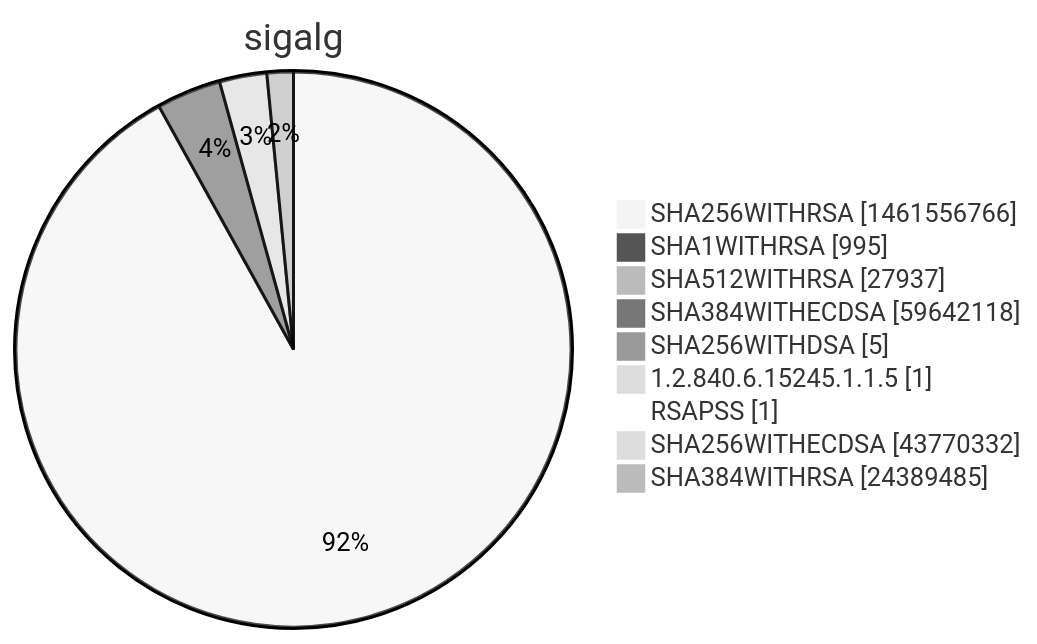
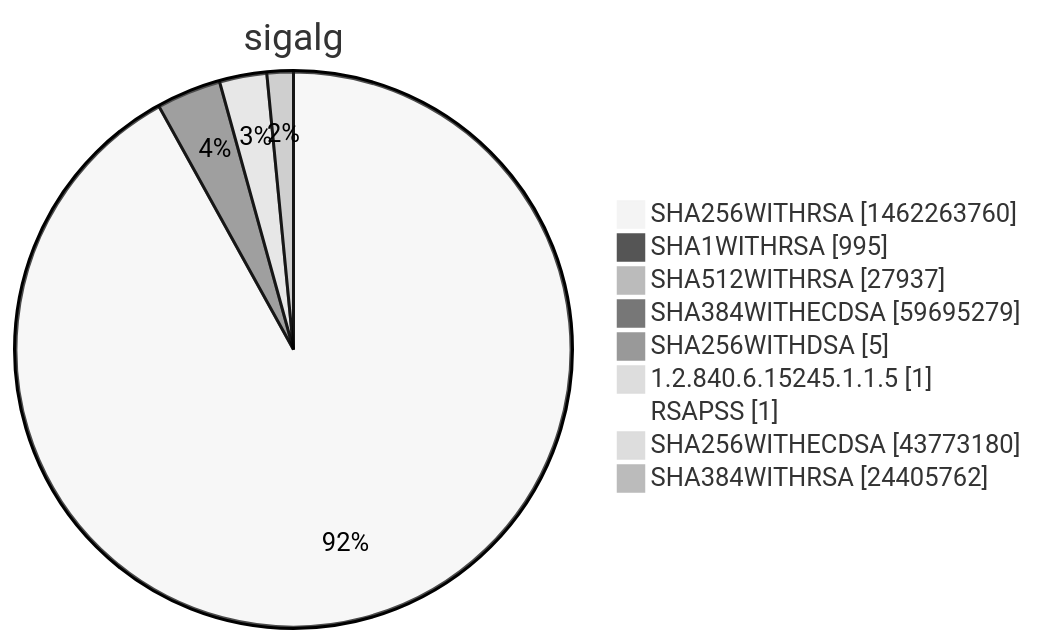
Before and after one commit to christiankrug/ctmonitor_visualization: diagram 15 of 15 in xenon2022/README.md, drawn with Mermaid (neutral theme). The commit also changed other lines of this file, not shown here.

````diff
--- a/xenon2022/README.md
+++ b/xenon2022/README.md
@@ -5862,13 +5863,13 @@
 ```mermaid
 pie showData
 title sigalg
-"SHA256WITHRSA" :1461556766
+"SHA256WITHRSA" :1462263760
 "SHA1WITHRSA" :995
 "SHA512WITHRSA" :27937
-"SHA384WITHECDSA" :59642118
+"SHA384WITHECDSA" :59695279
 "SHA256WITHDSA" :5
 "1.2.840.6.15245.1.1.5" :1
 "RSAPSS" :1
-"SHA256WITHECDSA" :43770332
-"SHA384WITHRSA" :24389485
+"SHA256WITHECDSA" :43773180
+"SHA384WITHRSA" :24405762
 ```
````
